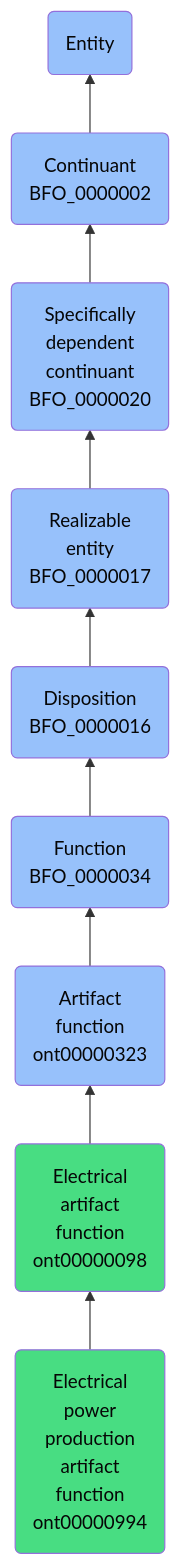
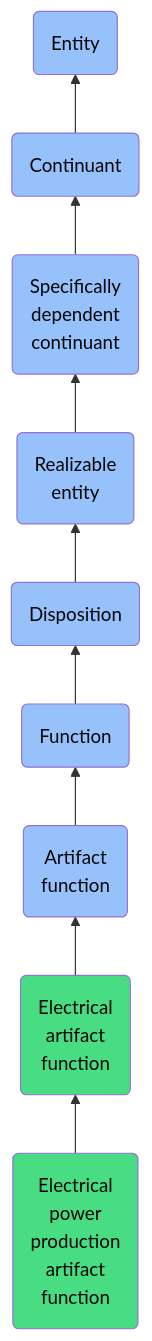
Before and after one commit to jupyter-naas/abi: the diagram in docs/ontology/reference/model/Entity/Continuant/Specifically dependent continuant/Realizable entity/Disposition/Function/Artifact function/Electrical artifact function/Electrical power production artifact function/Electrical power production artifact function.md, drawn with Mermaid. The commit also changed other lines of this file and 1430 other files, not shown here.

````diff
--- a/docs/ontology/reference/model/Entity/Continuant/Specifically dependent continuant/Realizable entity/Disposition/Function/Artifact function/Electrical artifact function/Electrical power production artifact function/Electrical power production artifact function.md
+++ b/docs/ontology/reference/model/Entity/Continuant/Specifically dependent continuant/Realizable entity/Disposition/Function/Artifact function/Electrical artifact function/Electrical power production artifact function/Electrical power production artifact function.md
@@ -24,16 +24,16 @@
 ```mermaid
 graph BT
-    ont00000994(Electrical<br>power<br>production<br>artifact<br>function<br>ont00000994):::ABI-->ont00000098
-    ont00000098(Electrical<br>artifact<br>function<br>ont00000098):::ABI-->ont00000323
-    ont00000323(Artifact<br>function<br>ont00000323):::BFO-->BFO_0000034
-    BFO_0000034(Function<br>BFO_0000034):::BFO-->BFO_0000016
-    BFO_0000016(Disposition<br>BFO_0000016):::BFO-->BFO_0000017
-    BFO_0000017(Realizable<br>entity<br>BFO_0000017):::BFO-->BFO_0000020
-    BFO_0000020(Specifically<br>dependent<br>continuant<br>BFO_0000020):::BFO-->BFO_0000002
-    BFO_0000002(Continuant<br>BFO_0000002):::BFO-->BFO_0000001
+    ont00000994(Electrical<br>power<br>production<br>artifact<br>function):::ABI-->ont00000098
+    ont00000098(Electrical<br>artifact<br>function):::ABI-->ont00000323
+    ont00000323(Artifact<br>function):::BFO-->BFO_0000034
+    BFO_0000034(Function):::BFO-->BFO_0000016
+    BFO_0000016(Disposition):::BFO-->BFO_0000017
+    BFO_0000017(Realizable<br>entity):::BFO-->BFO_0000020
+    BFO_0000020(Specifically<br>dependent<br>continuant):::BFO-->BFO_0000002
+    BFO_0000002(Continuant):::BFO-->BFO_0000001
     BFO_0000001(Entity):::BFO
     
     classDef BFO fill:#97c1fb,color:#060606
     classDef CCO fill:#e4c51e,color:#060606
     classDef ABI fill:#48DD82,color:#060606
 ```
````
